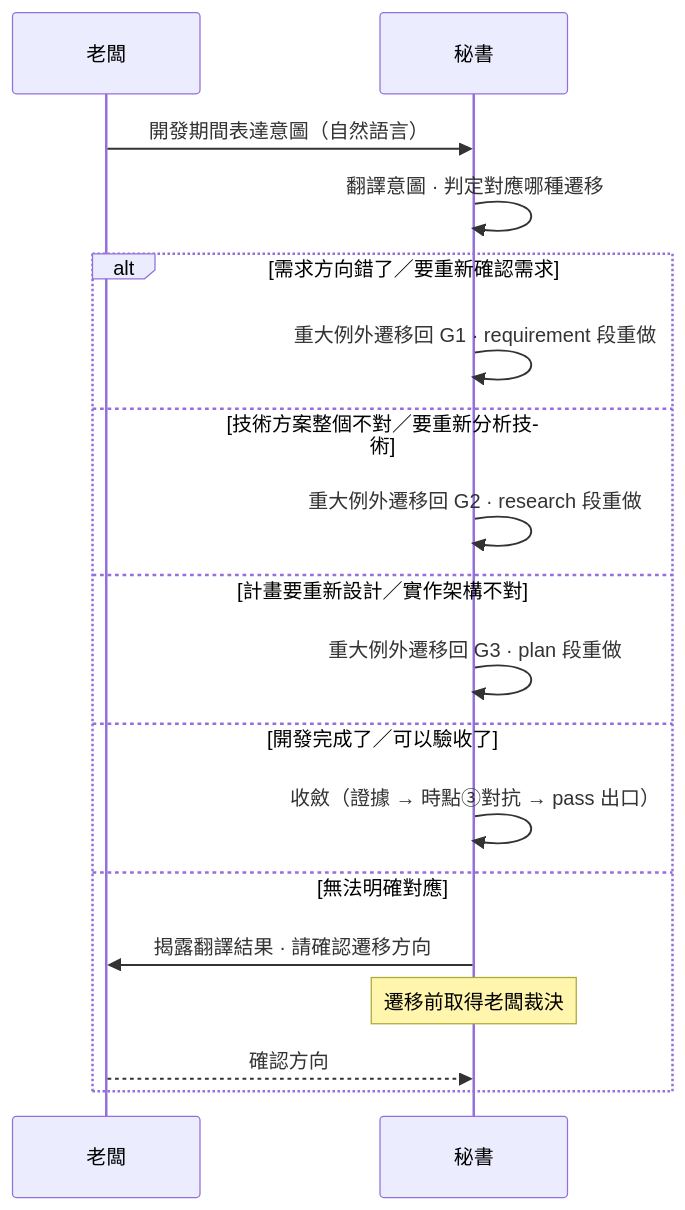
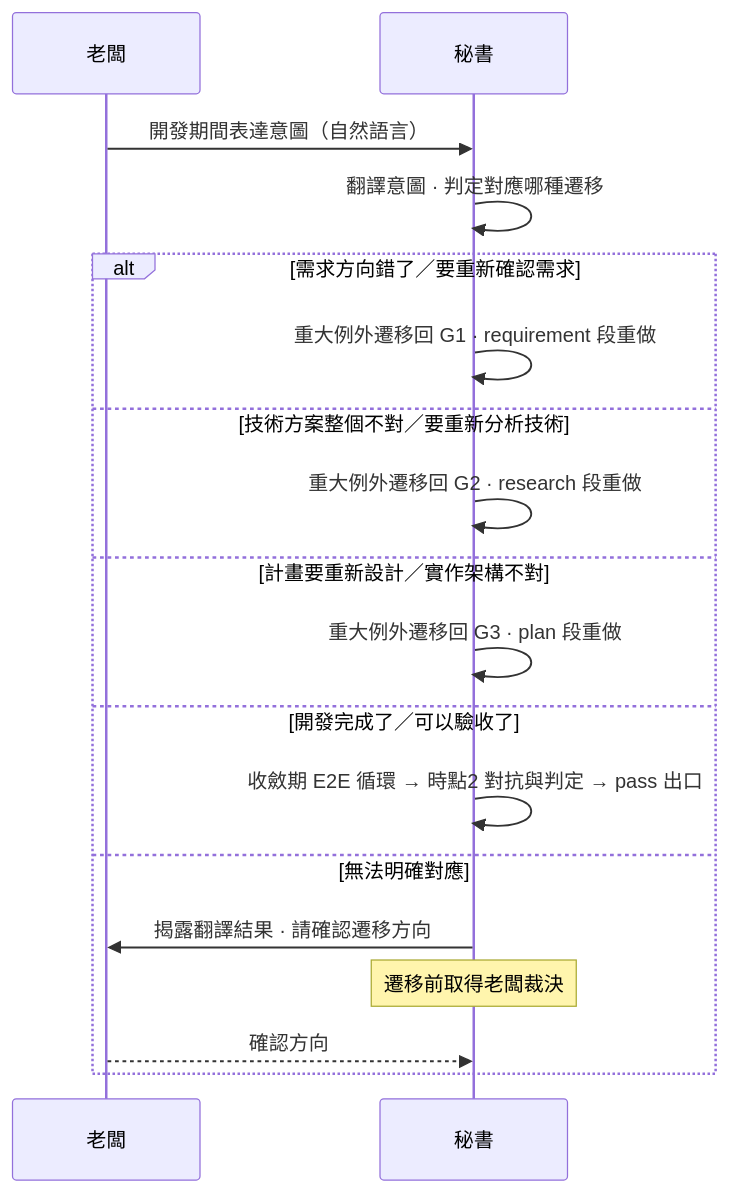
One commit to teps3105/shiftblame changed the fourth of 9 diagrams in skills/shiftblame/SKILL.md. Above: the diagram before and after it, drawn with Mermaid. The commit also changed other lines of this file and 33 other files, not shown here.

````diff
--- a/skills/shiftblame/SKILL.md
+++ b/skills/shiftblame/SKILL.md
@@ -131,22 +169,22 @@
    ```mermaid
    sequenceDiagram
         participant B as 老闆
         participant SEC as 秘書
 
         B->>SEC: 開發期間表達意圖（自然語言）
         SEC->>SEC: 翻譯意圖 · 判定對應哪種遷移
 
         alt 需求方向錯了／要重新確認需求
             SEC->>SEC: 重大例外遷移回 G1 · requirement 段重做
         else 技術方案整個不對／要重新分析技術
             SEC->>SEC: 重大例外遷移回 G2 · research 段重做
         else 計畫要重新設計／實作架構不對
             SEC->>SEC: 重大例外遷移回 G3 · plan 段重做
         else 開發完成了／可以驗收了
-            SEC->>SEC: 收斂（證據 → 時點③對抗 → pass 出口）
+            SEC->>SEC: 收斂期 E2E 循環 → 時點2 對抗與判定 → pass 出口
         else 無法明確對應
             SEC->>B: 揭露翻譯結果 · 請確認遷移方向
             Note over SEC: 遷移前取得老闆裁決
             B-->>SEC: 確認方向
         end
    ```
````
